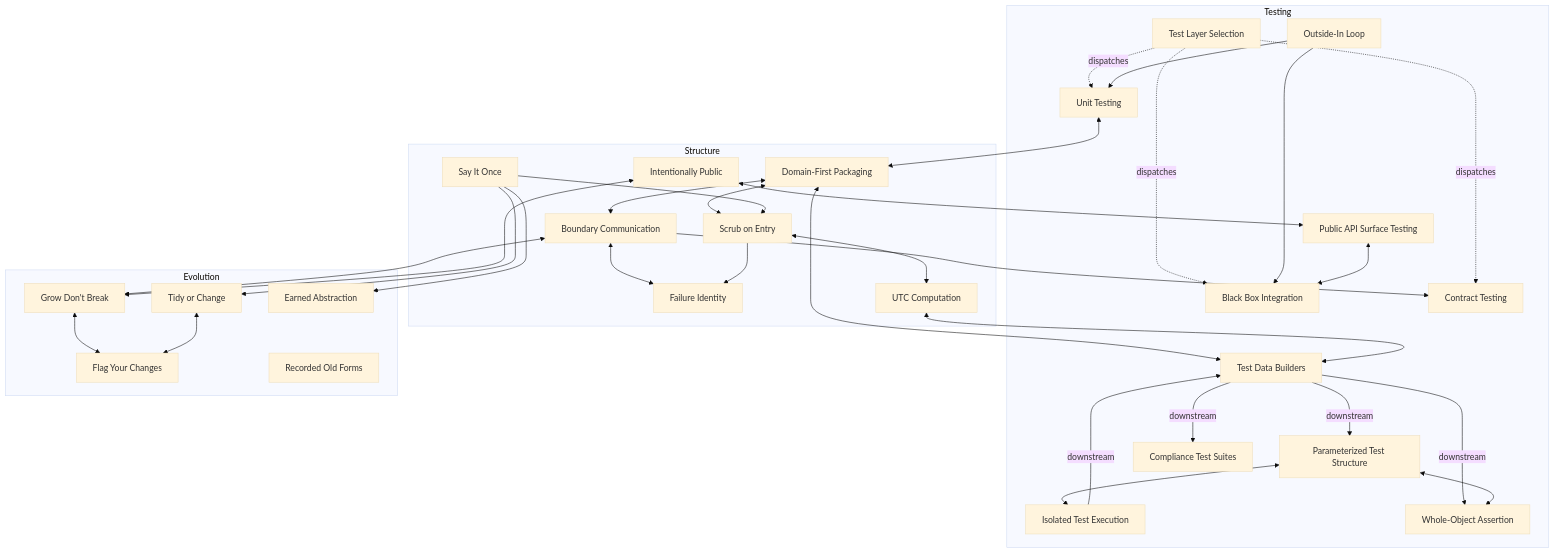
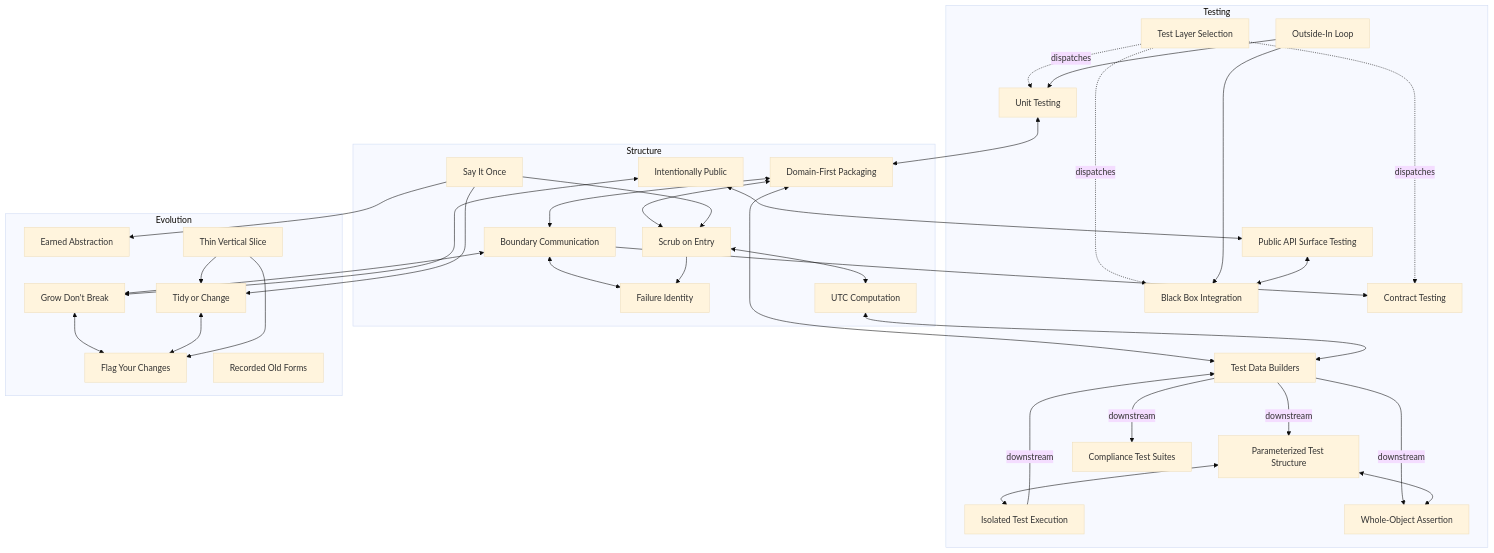
Before and after one commit to gaqzi/bjornstack: the diagram in strategies/RELATIONSHIPS.md, drawn with Mermaid (base theme). The commit also changed other lines of this file and 2 other files, not shown here.

First line of the commit message:
Add the Thin Vertical Slice strategy (bs-f3o.7.17)

````diff
--- a/strategies/RELATIONSHIPS.md
+++ b/strategies/RELATIONSHIPS.md
@@ -13,48 +13,50 @@
 ```mermaid
 graph TD
     subgraph testing [Testing]
         TLS["Test Layer Selection"] -.->|dispatches| UT["Unit Testing"]
         TLS -.->|dispatches| BBIB["Black Box Integration"]
         TLS -.->|dispatches| CT["Contract Testing"]
         OILD["Outside-In Loop"] --> UT
         OILD --> BBIB
         ITE["Isolated Test Execution"] -->|downstream| TDB["Test Data Builders"]
         TDB -->|downstream| WOA["Whole-Object Assertion"]
         TDB -->|downstream| PTS["Parameterized Test Structure"]
         TDB -->|downstream| CTS["Compliance Test Suites"]
         PTS <--> WOA
         PTS <--> ITE
         PAST["Public API Surface Testing"] <--> BBIB
     end
 
     subgraph structure [Structure]
         DFP["Domain-First Packaging"] <--> BC["Boundary Communication"]
         IP["Intentionally Public"]
         SOE["Scrub on Entry"]
         SIO["Say It Once"]
         FI["Failure Identity"]
         UTC["UTC Computation"]
     end
 
     subgraph evolution [Evolution]
         GDB["Grow Don't Break"] <--> FYC["Flag Your Changes"]
         ToC["Tidy or Change"] <--> FYC
         EA["Earned Abstraction"]
         ROF["Recorded Old Forms"]
+        TVS["Thin Vertical Slice"] --> ToC
+        TVS --> FYC
     end
 
     BC <--> GDB
     IP <--> GDB
     IP <--> PAST
     BC --> CT
     DFP <--> TDB
     DFP <--> SOE
     SIO --> SOE
     SIO --> ToC
     SIO --> EA
     BC <--> FI
     SOE --> FI
     SOE <--> UTC
     UTC <--> TDB
     UT <--> DFP
 ```
````
